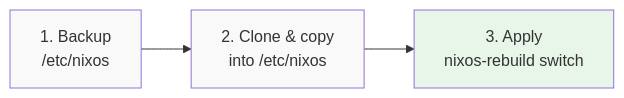
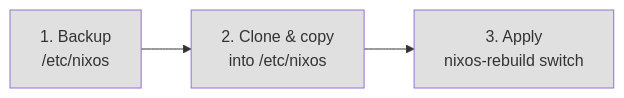
One commit to RomeoCavazza/nixos-config changed the fourth of 4 diagrams in README.md. Above: the diagram before and after it, drawn with Mermaid. The commit also changed other lines of this file, not shown here.

Commit message:
add some mermaids to readme

````diff
--- a/README.md
+++ b/README.md
@@ -198,11 +189,11 @@
 ```mermaid
 flowchart LR
   A["1. Backup\n/etc/nixos"]
   B["2. Clone & copy\ninto /etc/nixos"]
   C["3. Apply\nnixos-rebuild switch"]
 
   A --> B --> C
-  style A fill:#f9f9f9
-  style B fill:#f9f9f9
-  style C fill:#e8f5e9
+  style A fill:#e0e0e0
+  style B fill:#e0e0e0
+  style C fill:#e0e0e0
 ```
````
